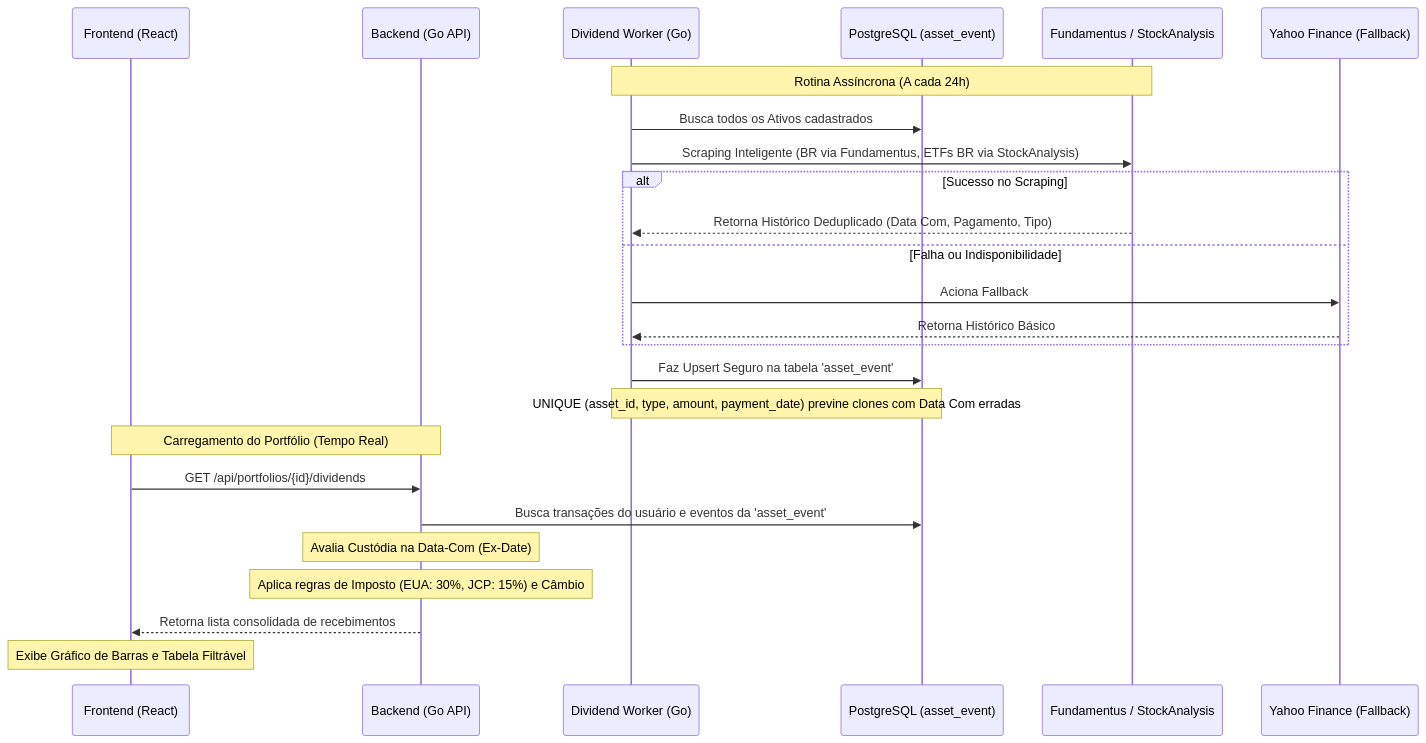
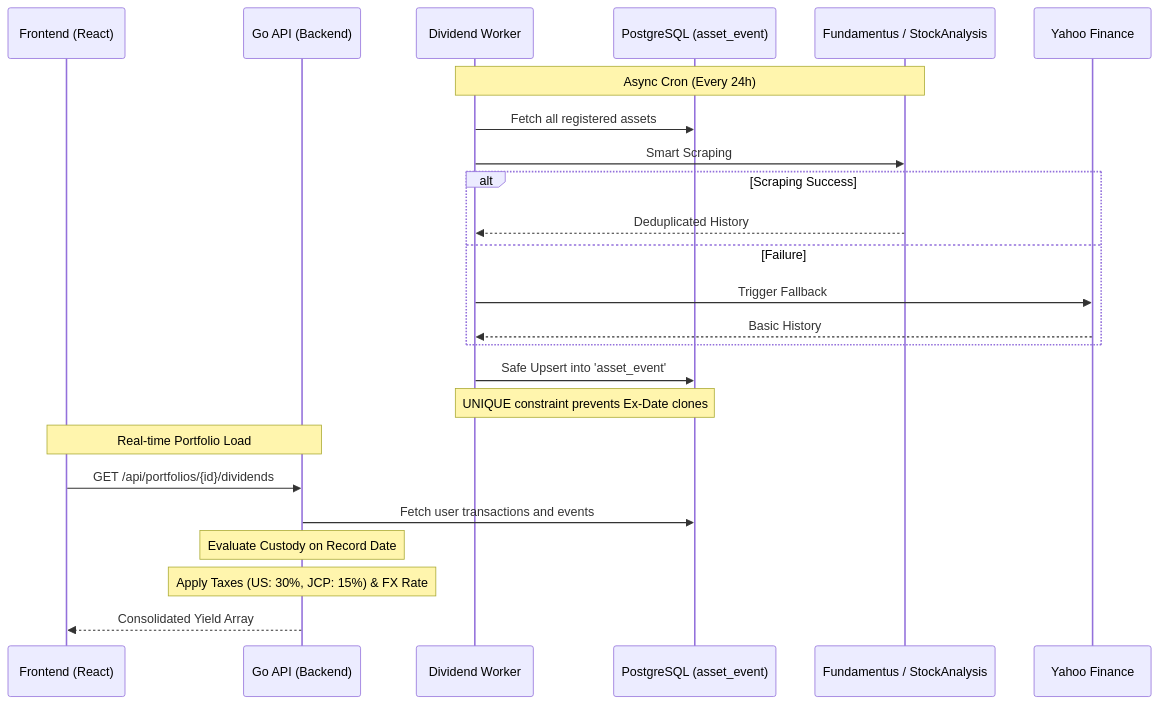
One commit to enakamura3/stock-pulse changed the fifth of 6 diagrams in README.md. Above: the diagram before and after it, drawn with Mermaid. The commit also changed other lines of this file, not shown here.

````diff
--- a/README.md
+++ b/README.md
@@ -244,29 +202,28 @@
 ```mermaid
 sequenceDiagram
     participant User as Frontend (React)
-    participant API as Backend (Go API)
-    participant Worker as Dividend Worker (Go)
+    participant API as Go API (Backend)
+    participant Worker as Dividend Worker
     participant DB as PostgreSQL (asset_event)
     participant Scrapers as Fundamentus / StockAnalysis
-    participant Yahoo as Yahoo Finance (Fallback)
+    participant Yahoo as Yahoo Finance
 
-    Note over Worker,Scrapers: Rotina Assíncrona (A cada 24h)
-    Worker->>DB: Busca todos os Ativos cadastrados
-    Worker->>Scrapers: Scraping Inteligente (BR via Fundamentus, ETFs BR via StockAnalysis)
-    alt Sucesso no Scraping
-        Scrapers-->>Worker: Retorna Histórico Deduplicado (Data Com, Pagamento, Tipo)
-    else Falha ou Indisponibilidade
-        Worker->>Yahoo: Aciona Fallback
-        Yahoo-->>Worker: Retorna Histórico Básico
+    Note over Worker,Scrapers: Async Cron (Every 24h)
+    Worker->>DB: Fetch all registered assets
+    Worker->>Scrapers: Smart Scraping
+    alt Scraping Success
+        Scrapers-->>Worker: Deduplicated History
+    else Failure
+        Worker->>Yahoo: Trigger Fallback
+        Yahoo-->>Worker: Basic History
     end
-    Worker->>DB: Faz Upsert Seguro na tabela 'asset_event'
-    Note over Worker,DB: UNIQUE (asset_id, type, amount, payment_date) previne clones com Data Com erradas
+    Worker->>DB: Safe Upsert into 'asset_event'
+    Note over Worker,DB: UNIQUE constraint prevents Ex-Date clones
 
-    Note over User,API: Carregamento do Portfólio (Tempo Real)
+    Note over User,API: Real-time Portfolio Load
     User->>API: GET /api/portfolios/{id}/dividends
-    API->>DB: Busca transações do usuário e eventos da 'asset_event'
-    Note over API: Avalia Custódia na Data-Com (Ex-Date)
-    Note over API: Aplica regras de Imposto (EUA: 30%, JCP: 15%) e Câmbio
-    API-->>User: Retorna lista consolidada de recebimentos
-    Note over User: Exibe Gráfico de Barras e Tabela Filtrável
+    API->>DB: Fetch user transactions and events
+    Note over API: Evaluate Custody on Record Date
+    Note over API: Apply Taxes (US: 30%, JCP: 15%) & FX Rate
+    API-->>User: Consolidated Yield Array
 ```
````
